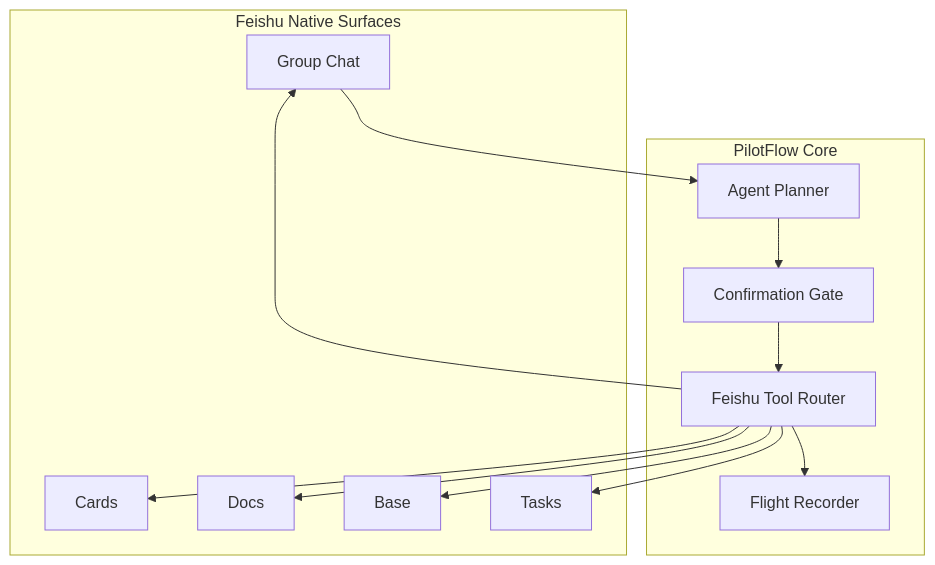
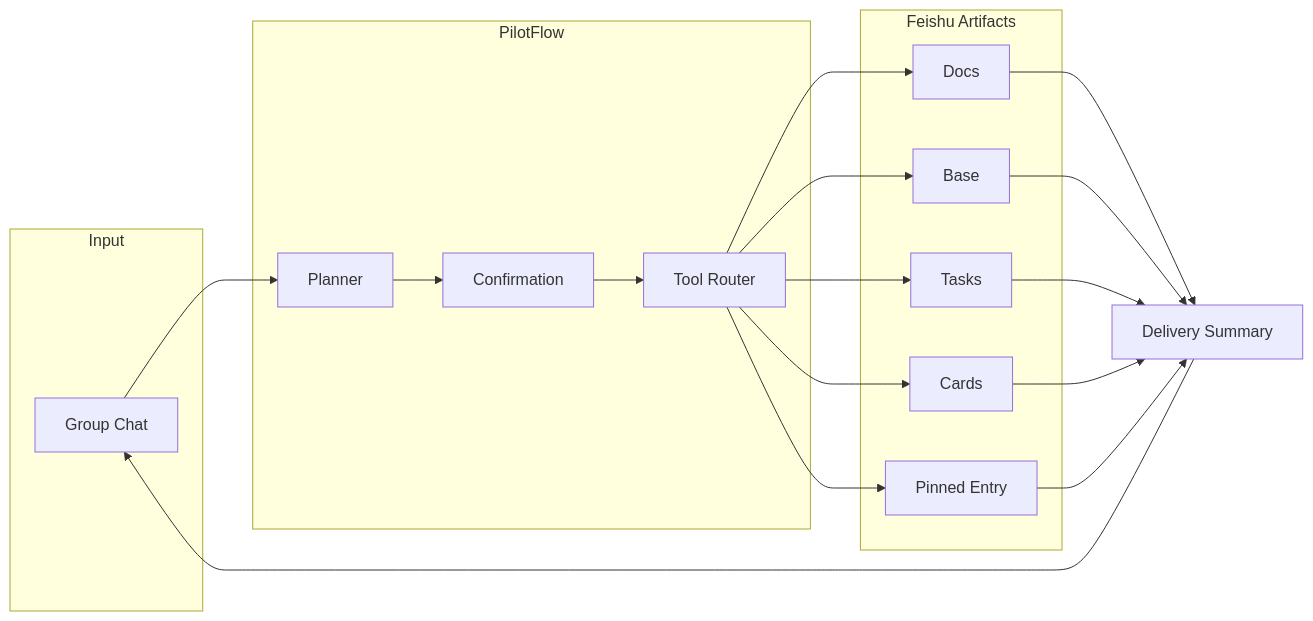
Before and after one commit to DeliciousBuding/pilot-flow: the second of 2 diagrams in README_EN.md, drawn with Mermaid. The commit also changed 1 other file, not shown here.

Commit message:
docs: restructure architecture diagram layout
- Use left-to-right flow with 3 clear layers: input, PilotFlow core, Feishu artifacts
- Show the loop: artifacts -> delivery summary -> back to group chat
- Remove Flight Recorder from main diagram (it's observability, not product flow)

````diff
--- a/README_EN.md
+++ b/README_EN.md
@@ -81,27 +81,32 @@
 ```mermaid
-flowchart TB
-    subgraph "Feishu Native Surfaces"
+flowchart LR
+    subgraph Input
         IM["Group Chat"]
-        Card["Cards"]
+    end
+
+    subgraph PilotFlow
+        Planner["Planner"] --> Confirm["Confirmation"]
+        Confirm --> Router["Tool Router"]
+    end
+
+    subgraph Feishu Artifacts
         Doc["Docs"]
         Base["Base"]
         Task["Tasks"]
-    end
-
-    subgraph "PilotFlow Core"
-        Planner["Agent Planner"]
-        Confirm["Confirmation Gate"]
-        Router["Feishu Tool Router"]
-        Recorder["Flight Recorder"]
+        Card["Cards"]
+        Entry["Pinned Entry"]
     end
 
     IM --> Planner
-    Planner --> Confirm
-    Confirm --> Router
     Router --> Doc
     Router --> Base
     Router --> Task
     Router --> Card
-    Router --> IM
-    Router --> Recorder
+    Router --> Entry
+    Doc --> Summary["Delivery Summary"]
+    Base --> Summary
+    Task --> Summary
+    Card --> Summary
+    Entry --> Summary
+    Summary --> IM
 ```
````
